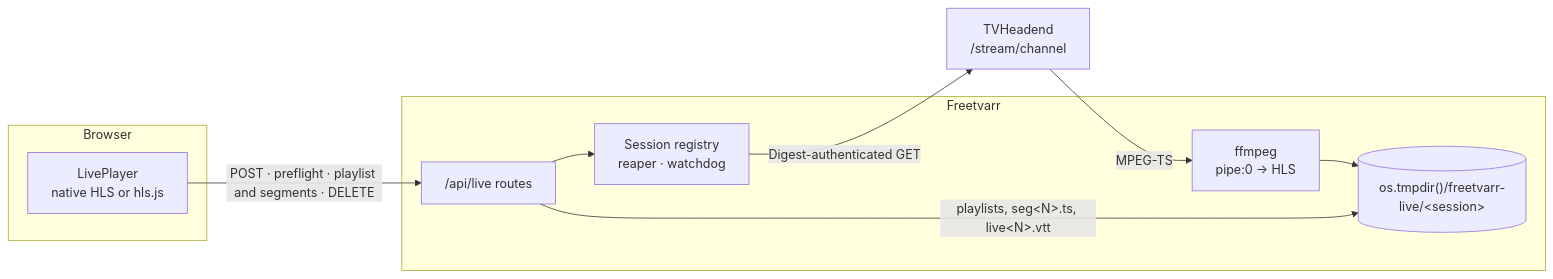
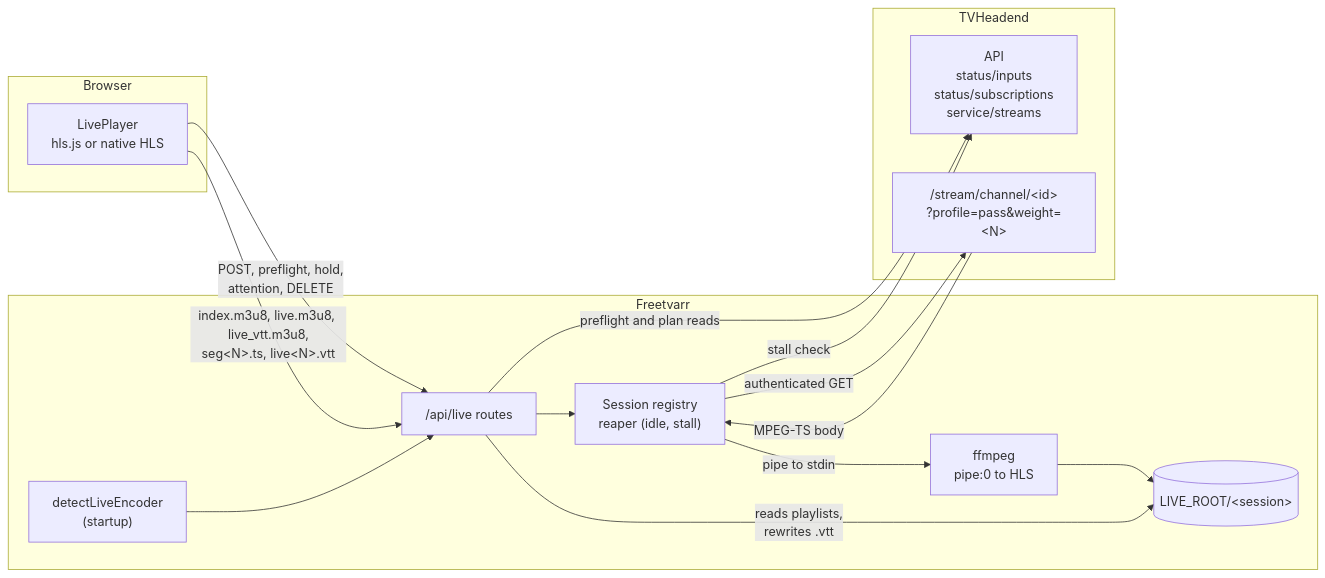
The seventh of 8 diagrams in docs/DEEP_DIVE.md (furey/freetvarr), drawn with Mermaid before and after one commit. The commit also changed other lines of this file, not shown here.

Commit message:
Rewrote the technical deep dive as a verified reference of the current implementation, with new sections for startup, storage, TVHeadend setup, playback, health checks, and the web client, corrected diagrams, and first-mention links.

````diff
--- a/docs/DEEP_DIVE.md
+++ b/docs/DEEP_DIVE.md
@@ -412,19 +1503,28 @@
 ```mermaid
 flowchart LR
   subgraph browser["Browser"]
-    player["LivePlayer<br>native HLS or hls.js"]
+    player["LivePlayer<br>hls.js or native HLS"]
   end
   subgraph app["Freetvarr"]
+    enc["detectLiveEncoder<br>(startup)"]
     routes["/api/live routes"]
-    reg["Session registry<br>reaper · watchdog"]
-    ff["ffmpeg<br>pipe:0 → HLS"]
-    dir[("os.tmpdir()/freetvarr-live/&lt;session&gt;")]
+    reg["Session registry<br>reaper (idle, stall)"]
+    ff["ffmpeg<br>pipe:0 to HLS"]
+    dir[("LIVE_ROOT/&lt;session&gt;")]
   end
-  tvh["TVHeadend<br>/stream/channel"]
-  player -->|"POST · preflight · playlist and segments · DELETE"| routes
+  subgraph tvh["TVHeadend"]
+    api["API<br>status/inputs<br>status/subscriptions<br>service/streams"]
+    stream["/stream/channel/&lt;id&gt;<br>?profile=pass&weight=&lt;N&gt;"]
+  end
+  player -->|"POST, preflight, hold,<br>attention, DELETE"| routes
+  player -->|"index.m3u8, live.m3u8, live_vtt.m3u8,<br>seg&lt;N&gt;.ts, live&lt;N&gt;.vtt"| routes
+  enc --> routes
+  routes -->|"preflight and plan reads"| api
   routes --> reg
-  reg -->|"Digest-authenticated GET"| tvh
-  tvh -->|"MPEG-TS"| ff
+  reg -->|"authenticated GET"| stream
+  stream -->|"MPEG-TS body"| reg
+  reg -->|"pipe to stdin"| ff
   ff --> dir
-  routes -->|"playlists, seg&lt;N&gt;.ts, live&lt;N&gt;.vtt"| dir
+  reg -->|"stall check"| api
+  routes -->|"reads playlists,<br>rewrites .vtt"| dir
 ```
````
